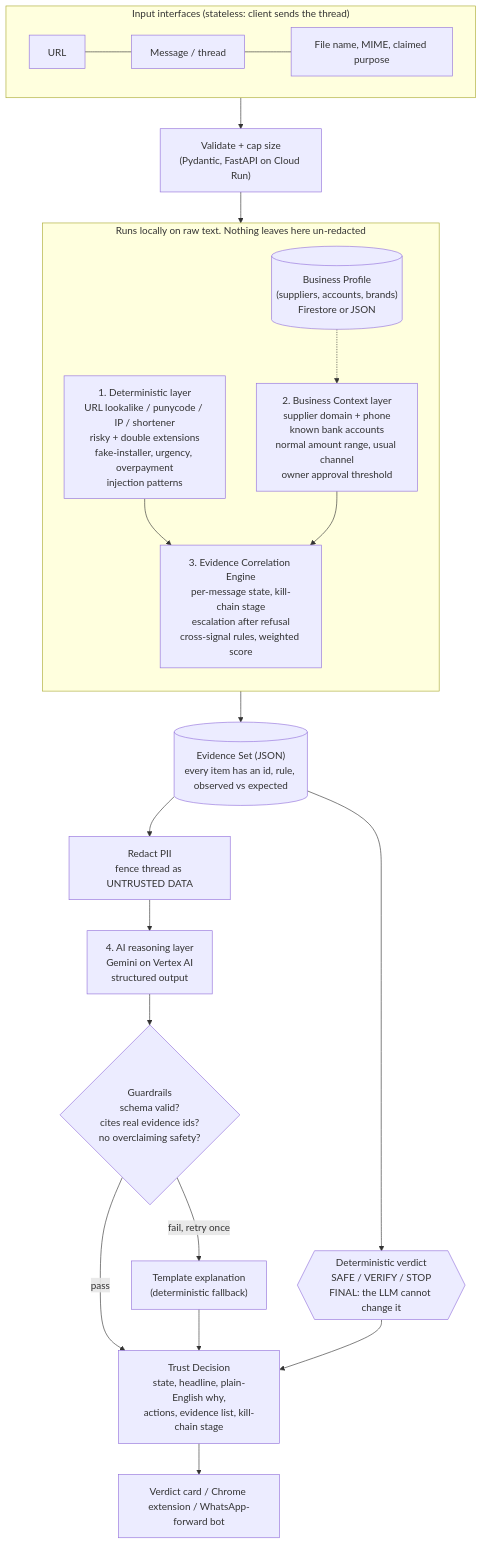
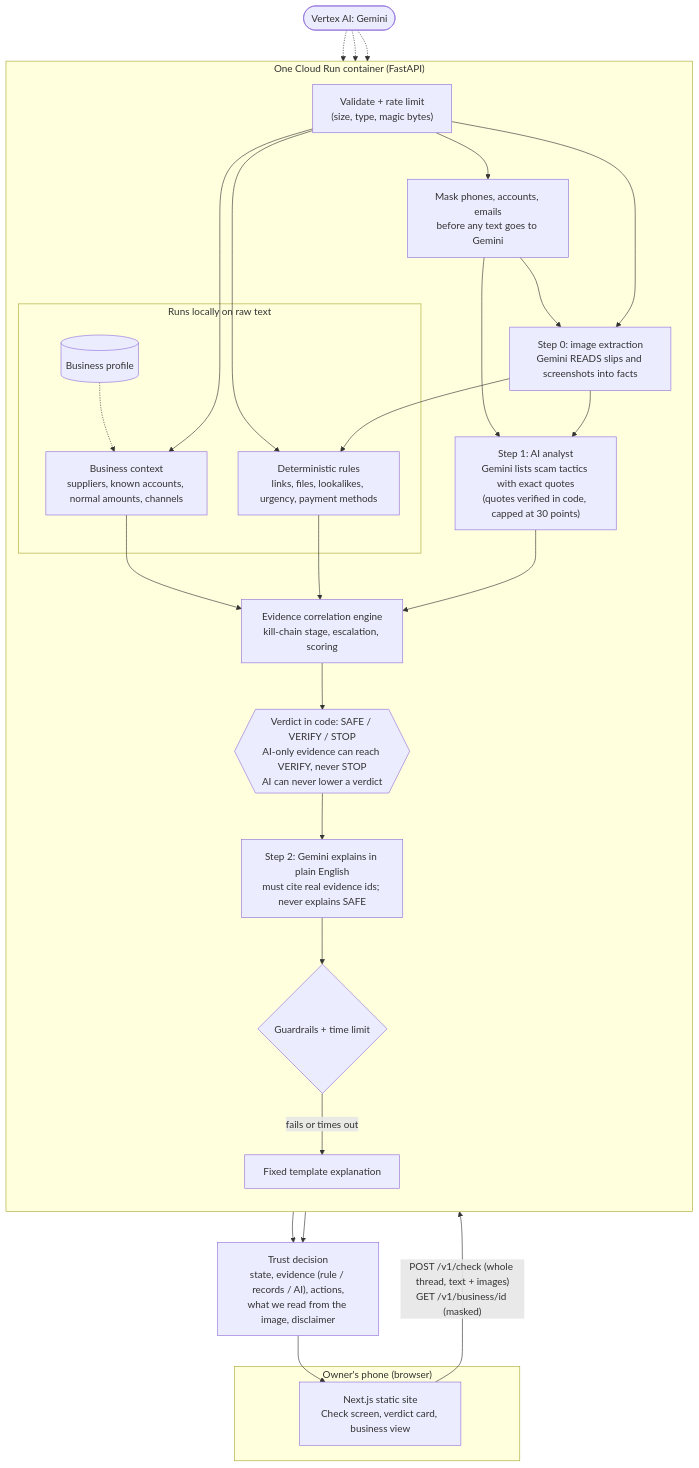
Before and after one commit to SumalaMannage/trust-engine: the diagram in docs/architecture.mermaid, drawn with Mermaid. The commit also changed 18 other files, not shown here.

Commit message:
Add business view, rate limit, static mount, health settings

```diff
--- a/docs/architecture.mermaid
+++ b/docs/architecture.mermaid
@@ -1,28 +1,37 @@
 flowchart TD
-    subgraph IN["Input interfaces (stateless: client sends the thread)"]
-        U["URL"] --- M["Message / thread"] --- F["File name, MIME, claimed purpose"]
+    subgraph PHONE["Owner's phone (browser)"]
+        UI["Next.js static site<br/>Check screen, verdict card, business view"]
     end
-    IN --> V["Validate + cap size<br/>(Pydantic, FastAPI on Cloud Run)"]
-    V --> LOCAL
+    UI -- "POST /v1/check (whole thread, text + images)<br/>GET /v1/business/id (masked)" --> API
 
-    subgraph LOCAL["Runs locally on raw text. Nothing leaves here un-redacted"]
+    subgraph RUN["One Cloud Run container (FastAPI)"]
         direction TB
-        D["1. Deterministic layer<br/>URL lookalike / punycode / IP / shortener<br/>risky + double extensions<br/>fake-installer, urgency, overpayment<br/>injection patterns"]
-        C["2. Business Context layer<br/>supplier domain + phone<br/>known bank accounts<br/>normal amount range, usual channel<br/>owner approval threshold"]
-        BP[("Business Profile<br/>(suppliers, accounts, brands)<br/>Firestore or JSON")]
-        BP -.-> C
-        D --> E
+        API["Validate + rate limit<br/>(size, type, magic bytes)"]
+        API --> IMG["Step 0: image extraction<br/>Gemini READS slips and screenshots into facts"]
+        IMG --> AN["Step 1: AI analyst<br/>Gemini lists scam tactics with exact quotes<br/>(quotes verified in code, capped at 30 points)"]
+        API --> RED["Mask phones, accounts, emails<br/>before any text goes to Gemini"]
+        RED --> IMG
+        RED --> AN
+        subgraph LOCAL["Runs locally on raw text"]
+            D["Deterministic rules<br/>links, files, lookalikes, urgency, payment methods"]
+            C["Business context<br/>suppliers, known accounts, normal amounts, channels"]
+            BP[("Business profile")]
+            BP -.-> C
+        end
+        API --> D
+        API --> C
+        IMG --> D
+        D --> E["Evidence correlation engine<br/>kill-chain stage, escalation, scoring"]
         C --> E
-        E["3. Evidence Correlation Engine<br/>per-message state, kill-chain stage<br/>escalation after refusal<br/>cross-signal rules, weighted score"]
+        AN --> E
+        E --> V{{"Verdict in code: SAFE / VERIFY / STOP<br/>AI-only evidence can reach VERIFY, never STOP<br/>AI can never lower a verdict"}}
+        V --> EX["Step 2: Gemini explains in plain English<br/>must cite real evidence ids; never explains SAFE"]
+        EX --> G{"Guardrails + time limit"}
+        G -- fails or times out --> T["Fixed template explanation"]
     end
-
-    E --> ES[("Evidence Set (JSON)<br/>every item has an id, rule, observed vs expected")]
-    ES --> ST{{"Deterministic verdict<br/>SAFE / VERIFY / STOP<br/>FINAL: the LLM cannot change it"}}
-    ES --> RED["Redact PII<br/>fence thread as UNTRUSTED DATA"]
-    RED --> G["4. AI reasoning layer<br/>Gemini on Vertex AI<br/>structured output"]
-    G --> GUARD{"Guardrails<br/>schema valid?<br/>cites real evidence ids?<br/>no overclaiming safety?"}
-    GUARD -- pass --> OUT
-    GUARD -- fail, retry once --> TPL["Template explanation<br/>(deterministic fallback)"]
-    TPL --> OUT
-    ST --> OUT["Trust Decision<br/>state, headline, plain-English why,<br/>actions, evidence list, kill-chain stage"]
-    OUT --> UI["Verdict card / Chrome extension / WhatsApp-forward bot"]
+    G --> OUT["Trust decision<br/>state, evidence (rule / records / AI), actions,<br/>what we read from the image, disclaimer"]
+    T --> OUT
+    OUT --> UI
+    VX(["Vertex AI: Gemini"]) -.-> IMG
+    VX -.-> AN
+    VX -.-> EX
```
